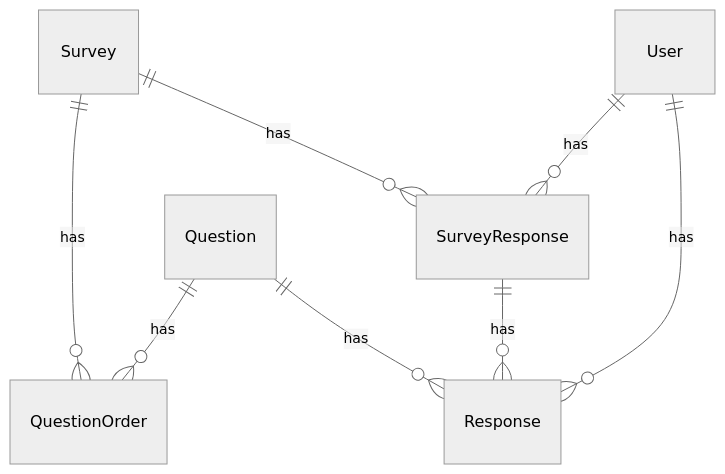
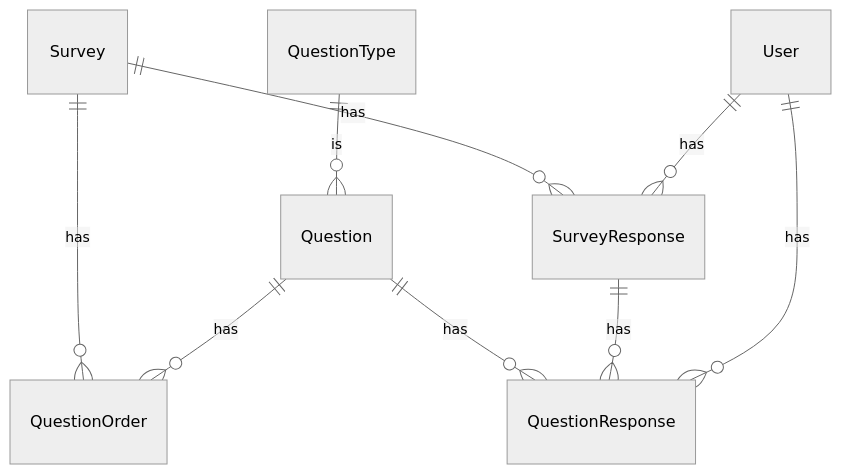
The diagram in docs/model.md (cicorias/njit-is601-project), drawn with Mermaid (neutral theme) before and after one commit. The commit also changed 1 other file, not shown here.

Commit message:
wip model

````diff
--- a/docs/model.md
+++ b/docs/model.md
@@ -2,11 +2,12 @@
 ```mermaid
 erDiagram
     Survey ||--o{ QuestionOrder : has
     Survey ||--o{ SurveyResponse : has
+    QuestionType ||--o{ Question : is
     Question ||--o{ QuestionOrder : has
-    Question ||--o{ Response : has 
-    SurveyResponse ||--o{ Response : has
-    User ||--o{ Response : has
+    Question ||--o{ QuestionResponse : has 
+    SurveyResponse ||--o{ QuestionResponse : has
+    User ||--o{ QuestionResponse : has
     User ||--o{ SurveyResponse : has
    
 ```
````
